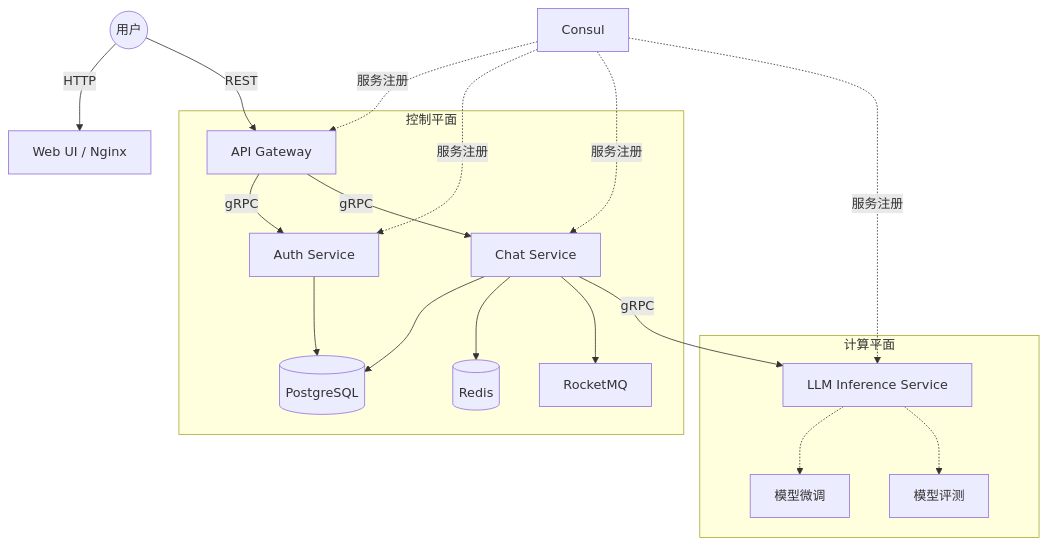
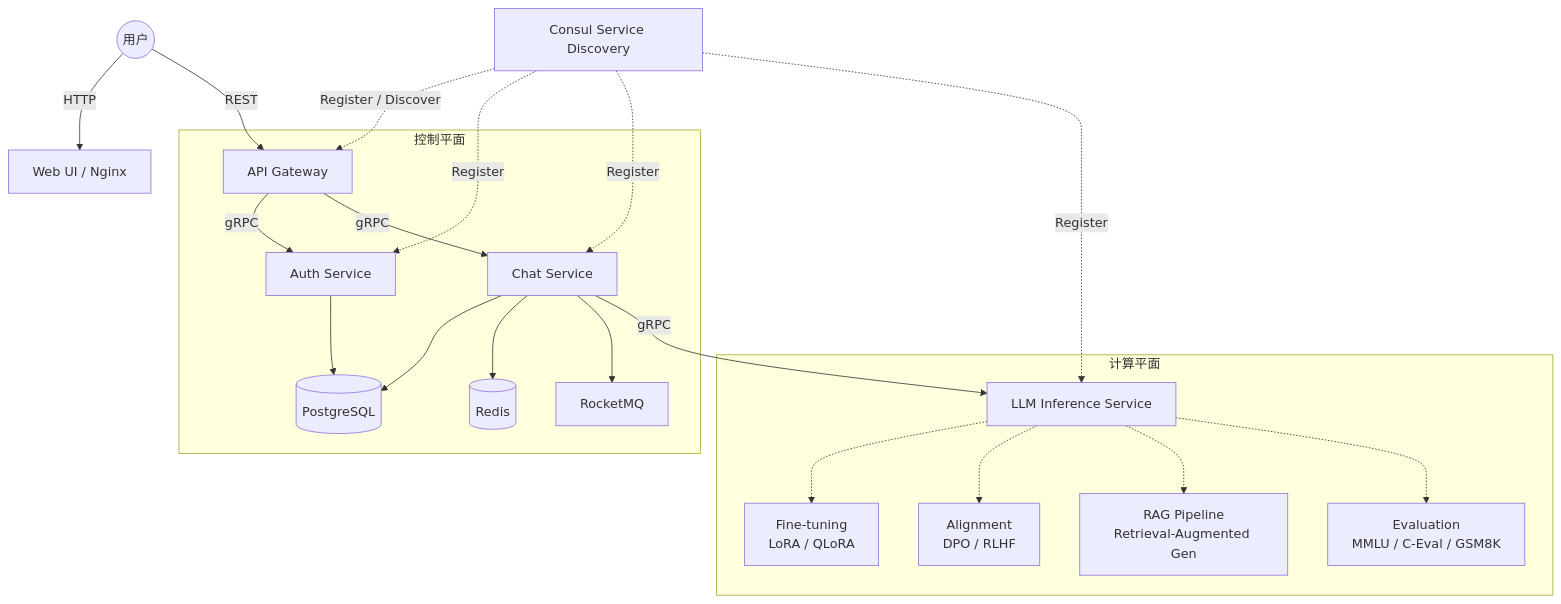
One commit to Einspanner123/free-chat changed the first of 2 diagrams in README_CN.md. Above: the diagram before and after it, drawn with Mermaid. The commit also changed other lines of this file and 1 other file, not shown here.

First line of the commit message:
docs: restructure README around training/alignment/inference platform positioning

````diff
--- a/README_CN.md
+++ b/README_CN.md
@@ -9,25 +28,27 @@
 ```mermaid
 graph TD
     User((用户)) -->|HTTP| WebUI[Web UI / Nginx]
     User -->|REST| Gateway[API Gateway]
     
     subgraph "控制平面"
         Gateway -->|gRPC| Auth[Auth Service]
         Gateway -->|gRPC| Chat[Chat Service]
         Auth --> DB[(PostgreSQL)]
         Chat --> DB
         Chat --> Redis[(Redis)]
         Chat --> MQ[RocketMQ]
     end
     
     subgraph "计算平面"
         Chat -->|gRPC| LLM[LLM Inference Service]
-        LLM -.-> Finetune[模型微调]
-        LLM -.-> Evaluation[模型评测]
+        LLM -.-> Finetune[Fine-tuning<br/>LoRA / QLoRA]
+        LLM -.-> Alignment[Alignment<br/>DPO / RLHF]
+        LLM -.-> RAG[RAG Pipeline<br/>Retrieval-Augmented Gen]
+        LLM -.-> Evaluation[Evaluation<br/>MMLU / C-Eval / GSM8K]
     end
     
-    Consul[Consul] -.->|服务注册| Gateway
-    Consul -.->|服务注册| Auth
-    Consul -.->|服务注册| Chat
-    Consul -.->|服务注册| LLM
+    Consul[Consul Service Discovery] -.->|Register / Discover| Gateway
+    Consul -.->|Register| Auth
+    Consul -.->|Register| Chat
+    Consul -.->|Register| LLM
 ```
````
